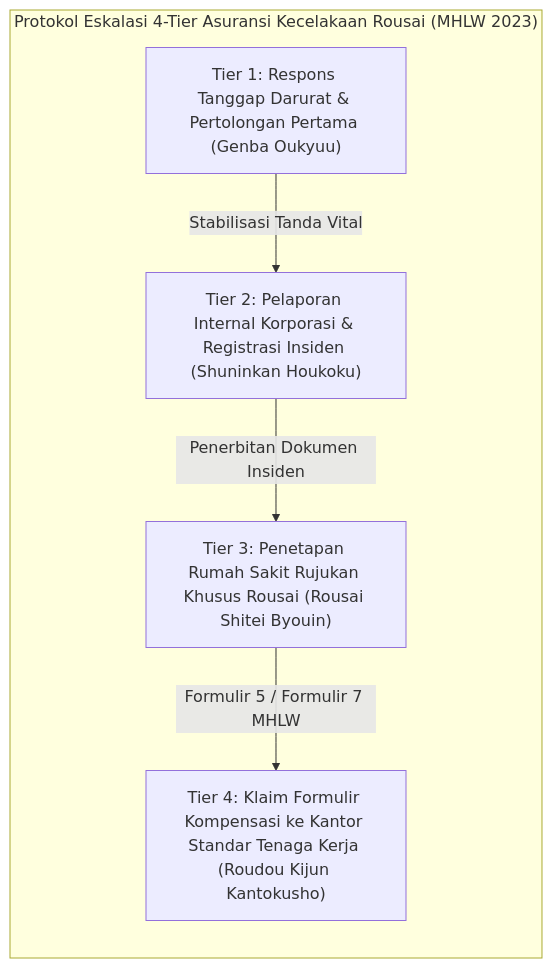
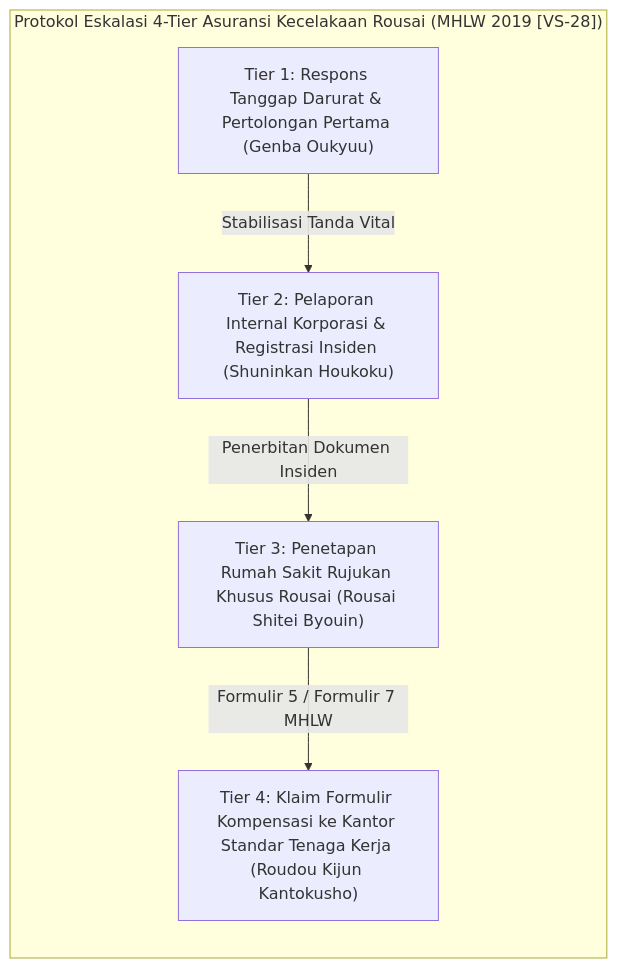
Before and after one commit to nuggetenak/nugget-nihongo: the third of 3 diagrams in corpus/sections/synthesis/syllabi/NUGGET-CURRICULUM-SSW-MASTER-SYLLABUS-v1.md, drawn with Mermaid. The commit also changed other lines of this file and 28 other files, not shown here.

````diff
--- a/corpus/sections/synthesis/syllabi/NUGGET-CURRICULUM-SSW-MASTER-SYLLABUS-v1.md
+++ b/corpus/sections/synthesis/syllabi/NUGGET-CURRICULUM-SSW-MASTER-SYLLABUS-v1.md
@@ -560,14 +677,14 @@
 ```mermaid
 flowchart TD
-    subgraph Rousai["Protokol Eskalasi 4-Tier Asuransi Kecelakaan Rousai (MHLW 2023)"]
+    subgraph Rousai["Protokol Eskalasi 4-Tier Asuransi Kecelakaan Rousai (MHLW 2019 [VS-28])"]
         direction TB
         T1["Tier 1: Respons Tanggap Darurat & Pertolongan Pertama (Genba Oukyuu)"]
         T2["Tier 2: Pelaporan Internal Korporasi & Registrasi Insiden (Shuninkan Houkoku)"]
         T3["Tier 3: Penetapan Rumah Sakit Rujukan Khusus Rousai (Rousai Shitei Byouin)"]
         T4["Tier 4: Klaim Formulir Kompensasi ke Kantor Standar Tenaga Kerja (Roudou Kijun Kantokusho)"]
         
         T1 -->|Stabilisasi Tanda Vital| T2
         T2 -->|Penerbitan Dokumen Insiden| T3
         T3 -->|Formulir 5 / Formulir 7 MHLW| T4
     end
 ```
````
